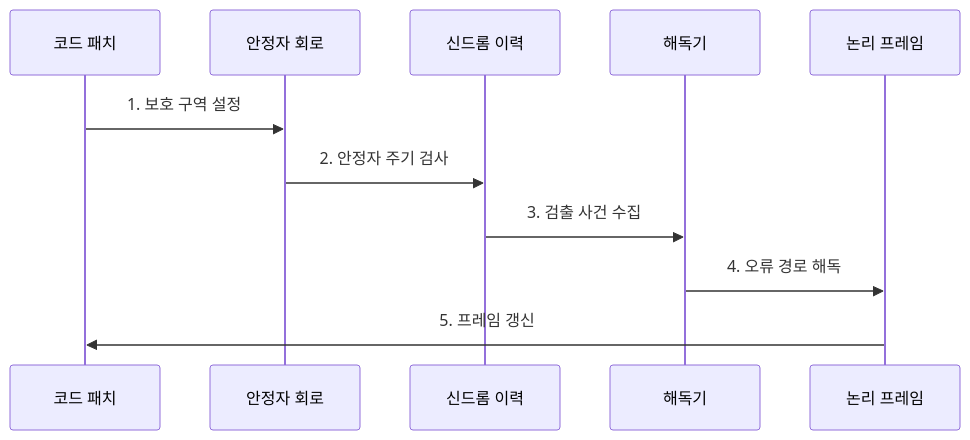
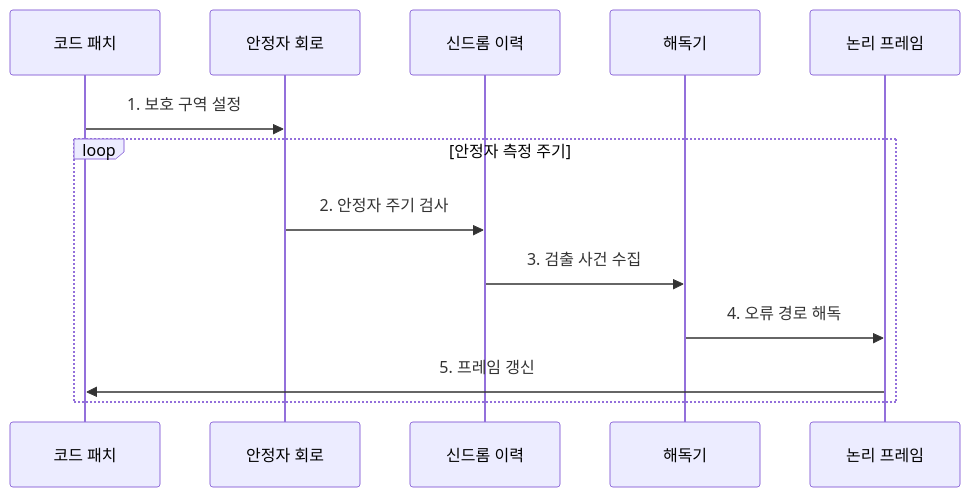
The second of 2 diagrams in src/content/docs/notes/08-latest-tech/214_surface_code.md (agnusdei1207/knowledge-base), drawn with Mermaid before and after one commit. The commit also changed other lines of this file and 15 other files, not shown here.

````diff
--- a/src/content/docs/notes/08-latest-tech/214_surface_code.md
+++ b/src/content/docs/notes/08-latest-tech/214_surface_code.md
@@ -102,13 +102,15 @@
 ```mermaid
 sequenceDiagram
   participant P as 코드 패치
   participant S as 안정자 회로
   participant H as 신드롬 이력
   participant D as 해독기
   participant F as 논리 프레임
   P->>S: 1. 보호 구역 설정
-  S->>H: 2. 안정자 주기 검사
-  H->>D: 3. 검출 사건 수집
-  D->>F: 4. 오류 경로 해독
-  F->>P: 5. 프레임 갱신
+  loop 안정자 측정 주기
+    S->>H: 2. 안정자 주기 검사
+    H->>D: 3. 검출 사건 수집
+    D->>F: 4. 오류 경로 해독
+    F->>P: 5. 프레임 갱신
+  end
 ```
````
